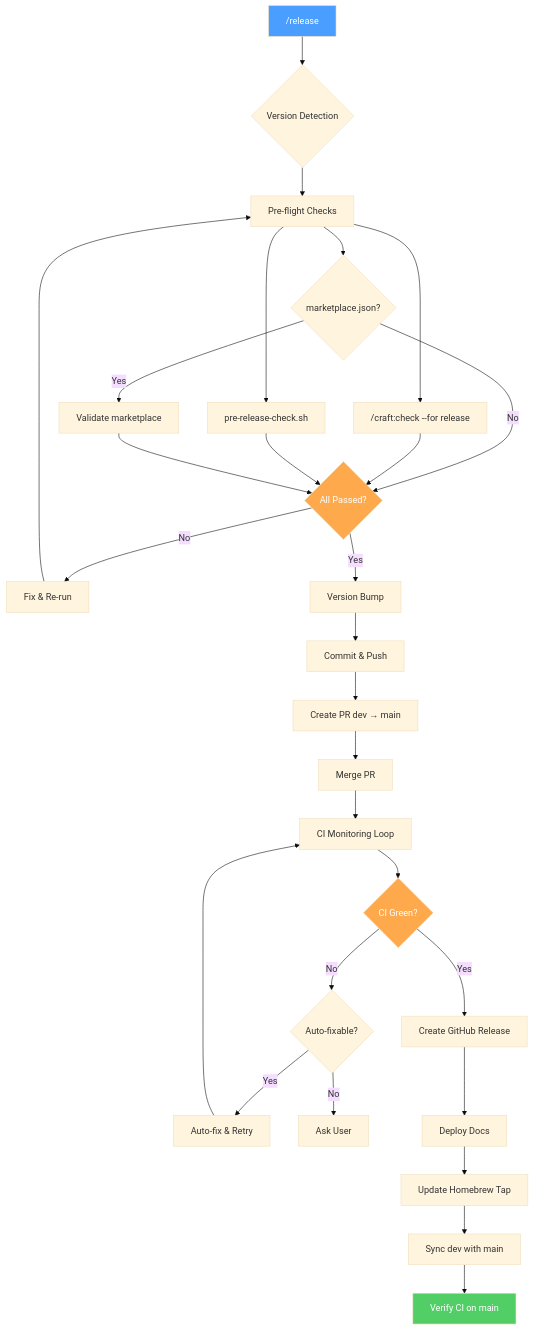
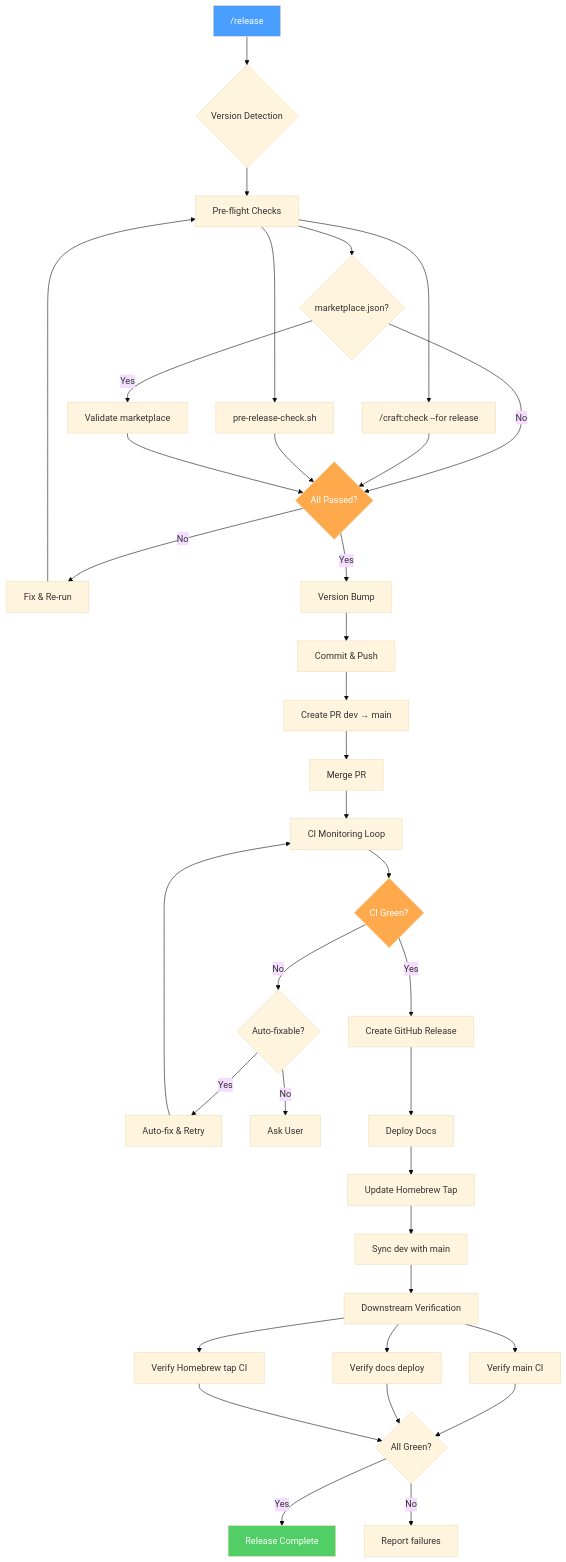
One commit to Data-Wise/craft changed the diagram in docs/reference/REFCARD-RELEASE.md. Above: the diagram before and after it, drawn with Mermaid (base theme). The commit also changed other lines of this file and 7 other files, not shown here.

First line of the commit message:
docs: update release pipeline docs for 13-step workflow with downstream verification

````diff
--- a/docs/reference/REFCARD-RELEASE.md
+++ b/docs/reference/REFCARD-RELEASE.md
@@ -51,35 +54,43 @@
 ```mermaid
 flowchart TD
     A["/release"] --> B{Version Detection}
     B --> C[Pre-flight Checks]
     C --> C1["/craft:check --for release"]
     C --> C2["pre-release-check.sh"]
     C --> C3{"marketplace.json?"}
     C3 -->|Yes| C4["Validate marketplace"]
     C3 -->|No| D
     C1 --> D{All Passed?}
     C2 --> D
     C4 --> D
     D -->|No| E["Fix & Re-run"]
     E --> C
     D -->|Yes| F["Version Bump"]
     F --> G["Commit & Push"]
     G --> H["Create PR dev → main"]
     H --> I["Merge PR"]
     I --> J["CI Monitoring Loop"]
     J --> K{CI Green?}
     K -->|No| L{"Auto-fixable?"}
     L -->|Yes| M["Auto-fix & Retry"]
     M --> J
     L -->|No| N["Ask User"]
     K -->|Yes| O["Create GitHub Release"]
     O --> P["Deploy Docs"]
     P --> Q["Update Homebrew Tap"]
     Q --> R["Sync dev with main"]
-    R --> S["Verify CI on main"]
+    R --> S["Downstream Verification"]
+    S --> S1["Verify main CI"]
+    S --> S2["Verify docs deploy"]
+    S --> S3["Verify Homebrew tap CI"]
+    S1 --> T{All Green?}
+    S2 --> T
+    S3 --> T
+    T -->|Yes| U["Release Complete"]
+    T -->|No| V["Report failures"]
 
     style A fill:#4a9eff,color:#fff
     style D fill:#ffa94d,color:#fff
     style K fill:#ffa94d,color:#fff
-    style S fill:#51cf66,color:#fff
+    style U fill:#51cf66,color:#fff
 ```
````
